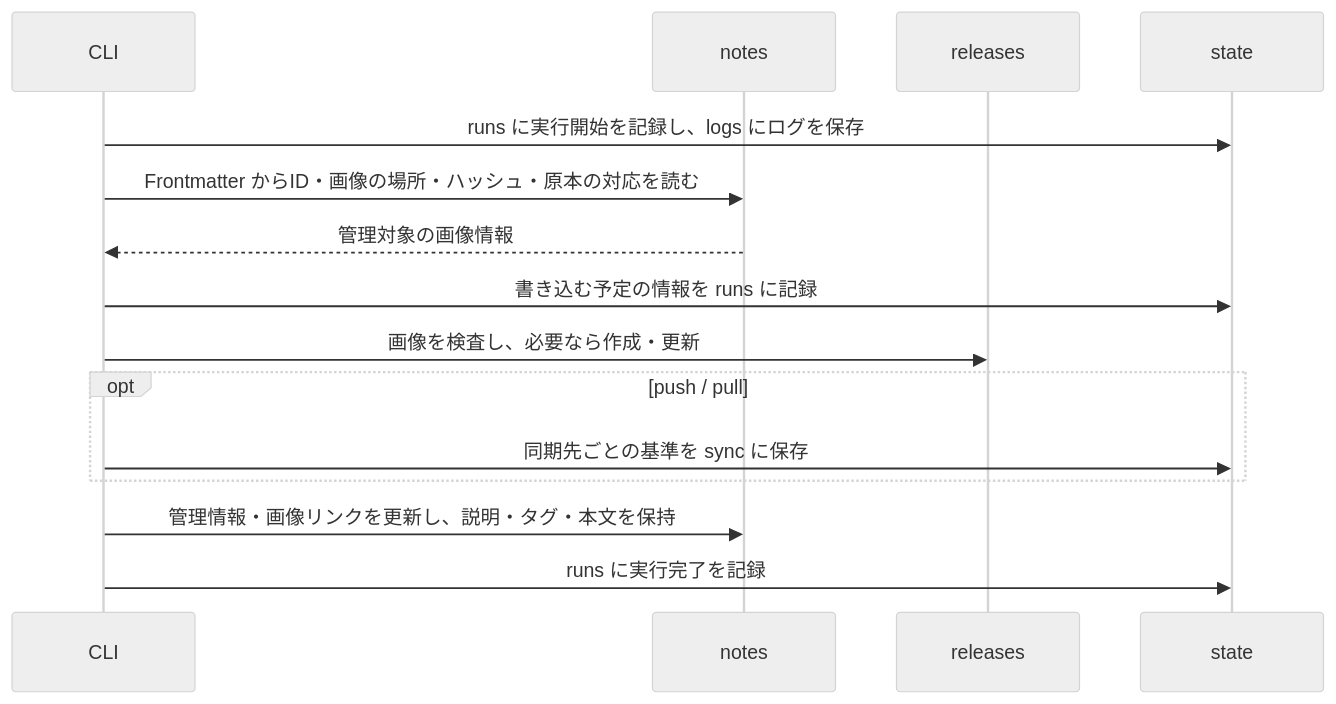
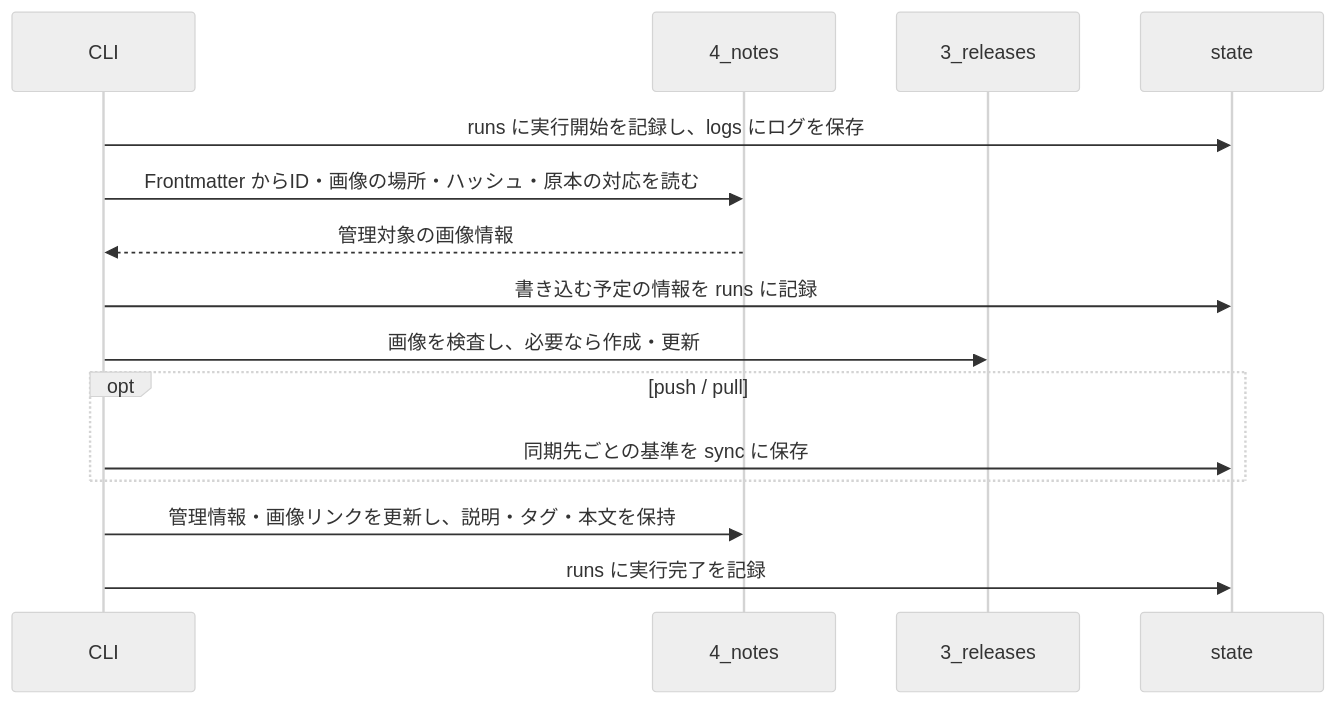
One commit to tuckn/tkn_object_storage_catalog changed the sixth of 6 diagrams in README.md. Above: the diagram before and after it, drawn with Mermaid (neutral theme). The commit also changed other lines of this file and 20 other files, not shown here.

````diff
--- a/README.md
+++ b/README.md
@@ -967,18 +1010,18 @@
 ```mermaid
 sequenceDiagram
     participant CLI as CLI
-    participant Notes as notes
-    participant Releases as releases
+    participant Notes as 4_notes
+    participant Releases as 3_releases
     participant State as state
 
     CLI->>State: runs に実行開始を記録し、logs にログを保存
     CLI->>Notes: Frontmatter からID・画像の場所・ハッシュ・原本の対応を読む
     Notes-->>CLI: 管理対象の画像情報
     CLI->>State: 書き込む予定の情報を runs に記録
     CLI->>Releases: 画像を検査し、必要なら作成・更新
     opt push / pull
         CLI->>State: 同期先ごとの基準を sync に保存
     end
     CLI->>Notes: 管理情報・画像リンクを更新し、説明・タグ・本文を保持
     CLI->>State: runs に実行完了を記録
 ```
````
